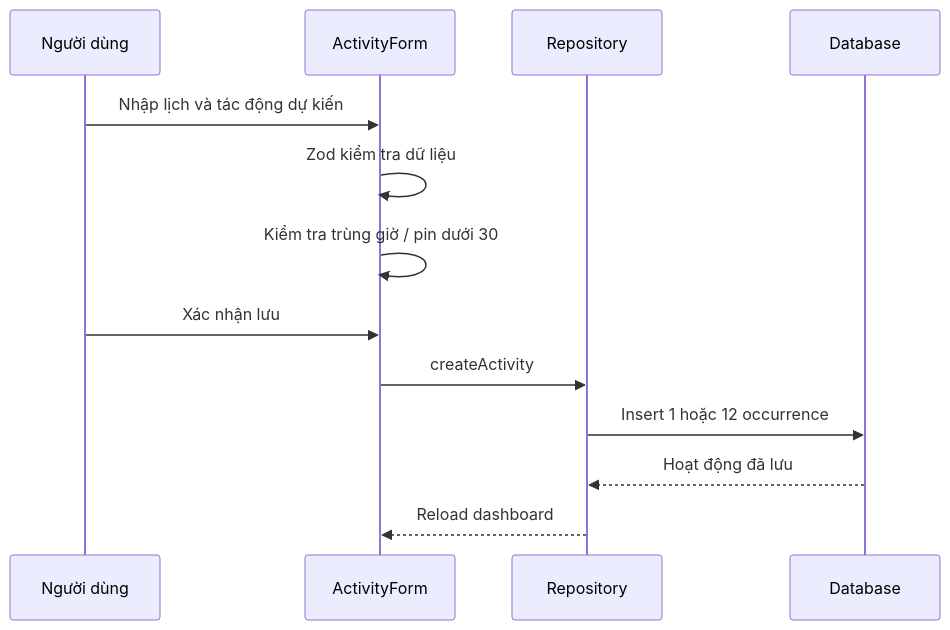
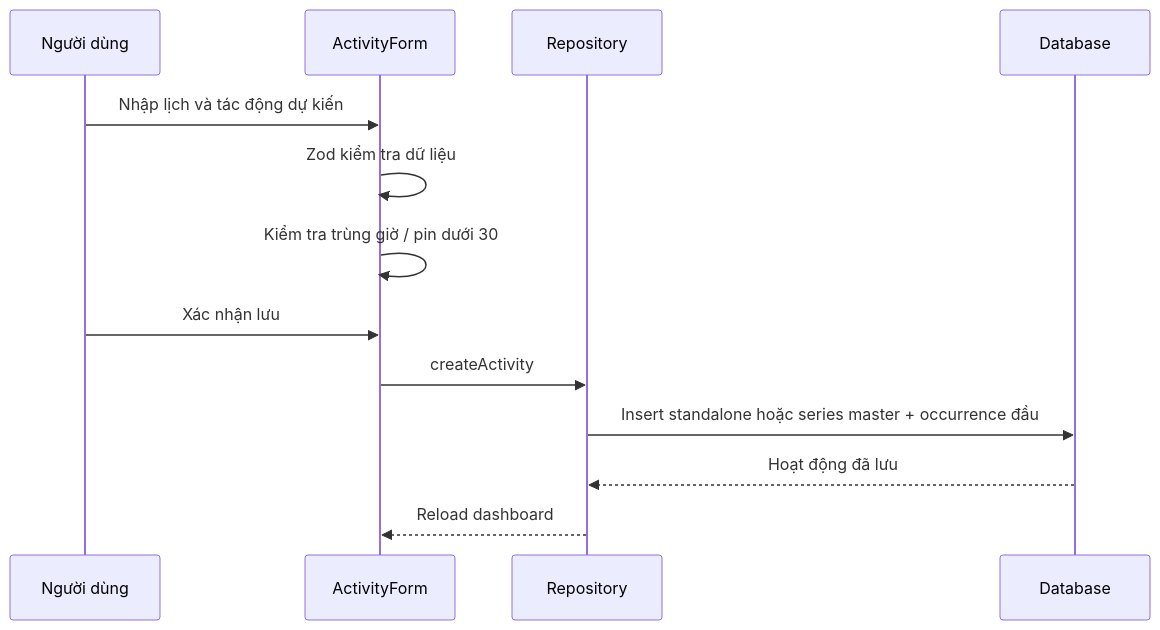
Before and after one commit to Khanh048/Bai-tap-Training: the third of 3 diagrams in ARCHITECTURE.md, drawn with Mermaid. The commit also changed other lines of this file and 13 other files, not shown here.

````diff
--- a/ARCHITECTURE.md
+++ b/ARCHITECTURE.md
@@ -173,16 +200,16 @@
 ```mermaid
 sequenceDiagram
     participant U as Người dùng
     participant F as ActivityForm
     participant R as Repository
     participant D as Database
 
     U->>F: Nhập lịch và tác động dự kiến
     F->>F: Zod kiểm tra dữ liệu
     F->>F: Kiểm tra trùng giờ / pin dưới 30
     U->>F: Xác nhận lưu
     F->>R: createActivity
-    R->>D: Insert 1 hoặc 12 occurrence
+    R->>D: Insert standalone hoặc series master + occurrence đầu
     D-->>R: Hoạt động đã lưu
     R-->>F: Reload dashboard
 ```
````
